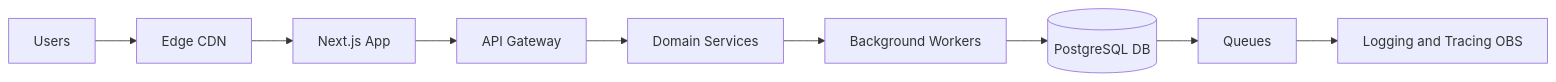
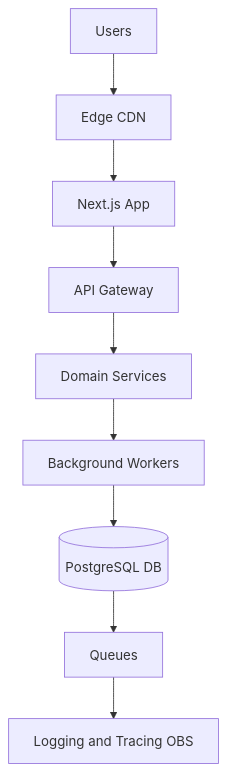
The diagram in README.md (Mohammad77Radwan/Blog-Veille-Tech), drawn with Mermaid before and after one commit.

Commit message:
feat: final UI polish, correct contact info, and fixed architecture diagram

````diff
--- a/README.md
+++ b/README.md
@@ -9,11 +9,11 @@
 ```mermaid
-flowchart LR
-    U[Users] --> E[Edge CDN]
-    E --> N[Next.js App]
-    N --> AG[API Gateway]
-    AG --> DS[Domain Services]
-    DS --> BW[Background Workers]
-    BW --> DB[(PostgreSQL DB)]
-    DB --> Q[Queues]
-    Q --> OBS[Logging and Tracing OBS]
+graph TD
+    U["Users"] --> E["Edge CDN"]
+    E --> N["Next.js App"]
+    N --> AG["API Gateway"]
+    AG --> DS["Domain Services"]
+    DS --> BW["Background Workers"]
+    BW --> DB[("PostgreSQL DB")]
+    DB --> Q["Queues"]
+    Q --> OBS["Logging and Tracing OBS"]
 ```
````
